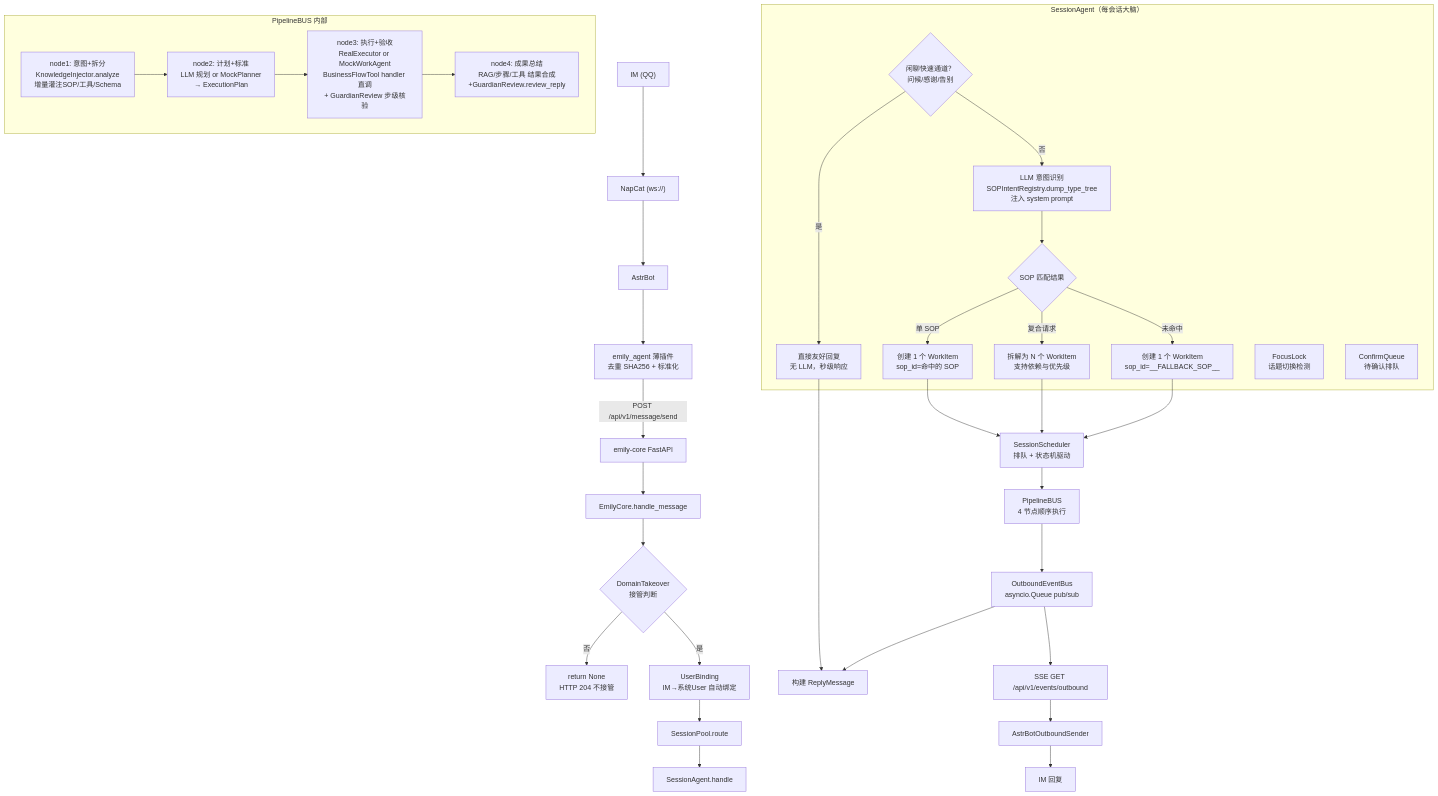
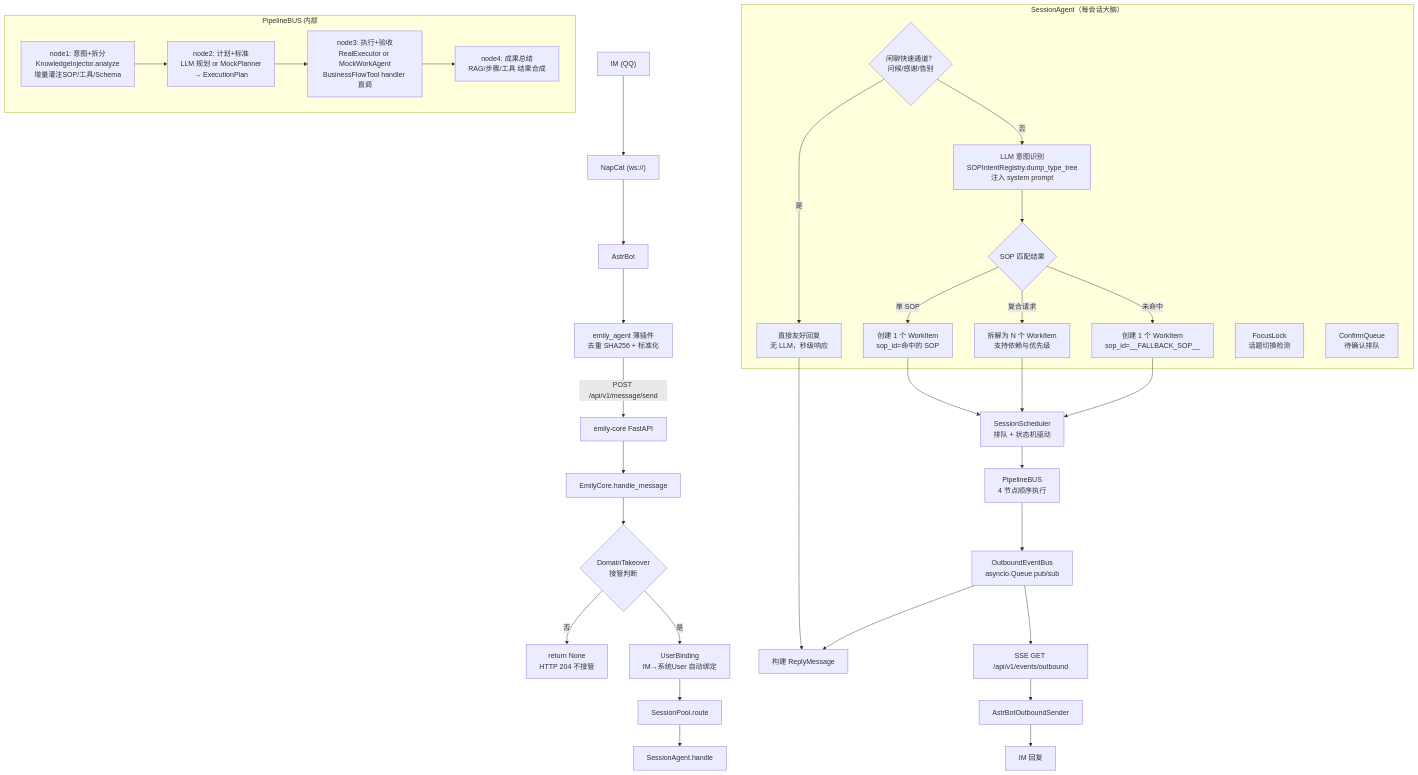
One commit to Ellyshome/Emily changed the first of 4 diagrams in docs/业务模块与运转全景.md. Above: the diagram before and after it, drawn with Mermaid. The commit also changed other lines of this file and 68 other files, not shown here.

````diff
--- a/docs/业务模块与运转全景.md
+++ b/docs/业务模块与运转全景.md
@@ -9,54 +9,54 @@
 ```mermaid
 graph TD
     IM["IM (QQ)"] --> NapCat["NapCat (ws://)"]
     NapCat --> AstrBot["AstrBot"]
     AstrBot --> Plugin["emily_agent 薄插件<br/>去重 SHA256 + 标准化"]
 
     Plugin -->|"POST /api/v1/message/send"| API["emily-core FastAPI"]
     API --> Core["EmilyCore.handle_message"]
 
     Core --> DTS{"DomainTakeover<br/>接管判断"}
     DTS -->|否| Ret["return None<br/>HTTP 204 不接管"]
     DTS -->|是| Bind["UserBinding<br/>IM→系统User 自动绑定"]
 
     Bind --> Pool["SessionPool.route"]
     Pool --> SA["SessionAgent.handle"]
 
     subgraph Session["SessionAgent（每会话大脑）"]
         Fast{"闲聊快速通道？<br/>问候/感谢/告别"}
         Fast -->|是| FastReply["直接友好回复<br/>无 LLM，秒级响应"]
         Fast -->|否| Intent["LLM 意图识别<br/>SOPIntentRegistry.dump_type_tree<br/>注入 system prompt"]
 
         Intent --> Match{"SOP 匹配结果"}
         Match -->|单 SOP| WI1["创建 1 个 WorkItem<br/>sop_id=命中的 SOP"]
         Match -->|复合请求| WIn["拆解为 N 个 WorkItem<br/>支持依赖与优先级"]
         Match -->|未命中| WI_fb["创建 1 个 WorkItem<br/>sop_id=__FALLBACK_SOP__"]
 
         FocusLock["FocusLock<br/>话题切换检测"]
         ConfirmQ["ConfirmQueue<br/>待确认排队"]
     end
 
     FastReply --> Reply
     WI1 --> Scheduler["SessionScheduler<br/>排队 + 状态机驱动"]
     WIn --> Scheduler
     WI_fb --> Scheduler
 
     Scheduler --> BUS["PipelineBUS<br/>4 节点顺序执行"]
 
     subgraph BUS_internals["PipelineBUS 内部"]
         N1["node1: 意图+拆分<br/>KnowledgeInjector.analyze<br/>增量灌注SOP/工具/Schema"]
         N2["node2: 计划+标准<br/>LLM 规划 or MockPlanner<br/>→ ExecutionPlan"]
-        N3["node3: 执行+验收<br/>RealExecutor or MockWorkAgent<br/>BusinessFlowTool handler 直调<br/>+ GuardianReview 步级核验"]
-        N4["node4: 成果总结<br/>RAG/步骤/工具 结果合成<br/>+GuardianReview.review_reply"]
+        N3["node3: 执行+验收<br/>RealExecutor or MockWorkAgent<br/>BusinessFlowTool handler 直调"]
+        N4["node4: 成果总结<br/>RAG/步骤/工具 结果合成"]
     end
 
     N1 --> N2 --> N3 --> N4
 
     BUS --> OutBus["OutboundEventBus<br/>asyncio.Queue pub/sub"]
 
     OutBus --> SSE["SSE GET /api/v1/events/outbound"]
     SSE --> Sender["AstrBotOutboundSender"]
     Sender --> IM2["IM 回复"]
 
     OutBus --> Reply["构建 ReplyMessage"]
 ```
````
